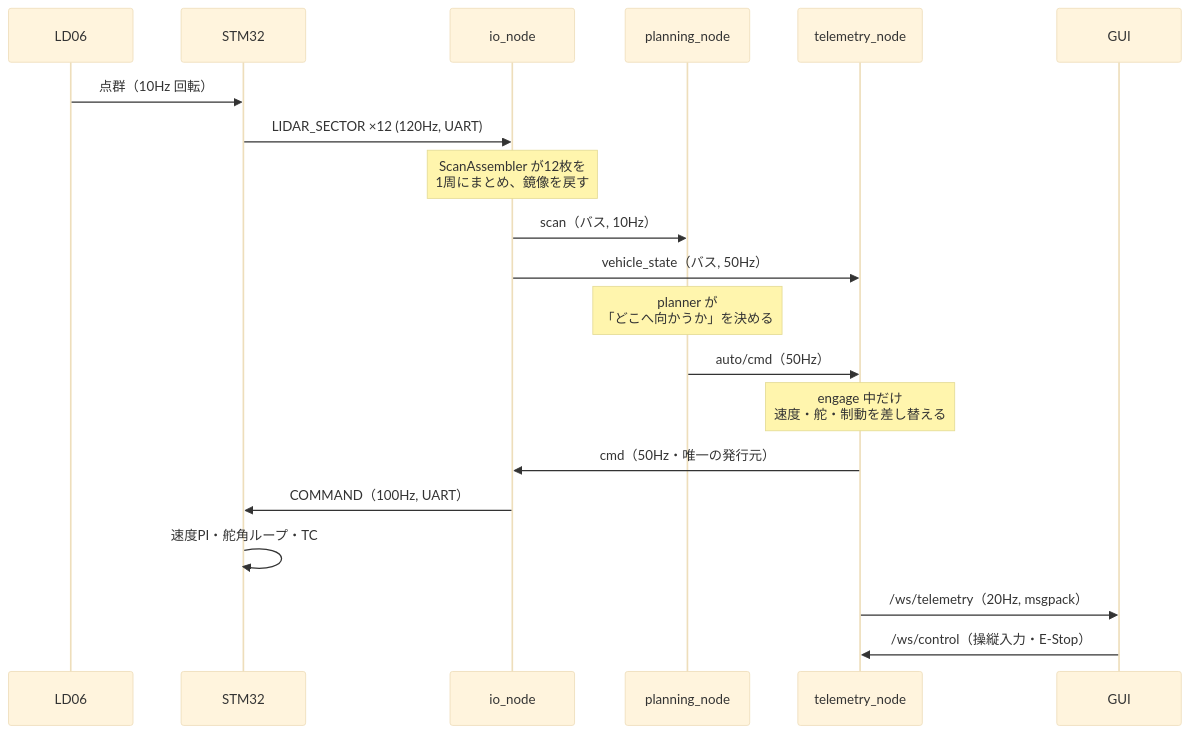
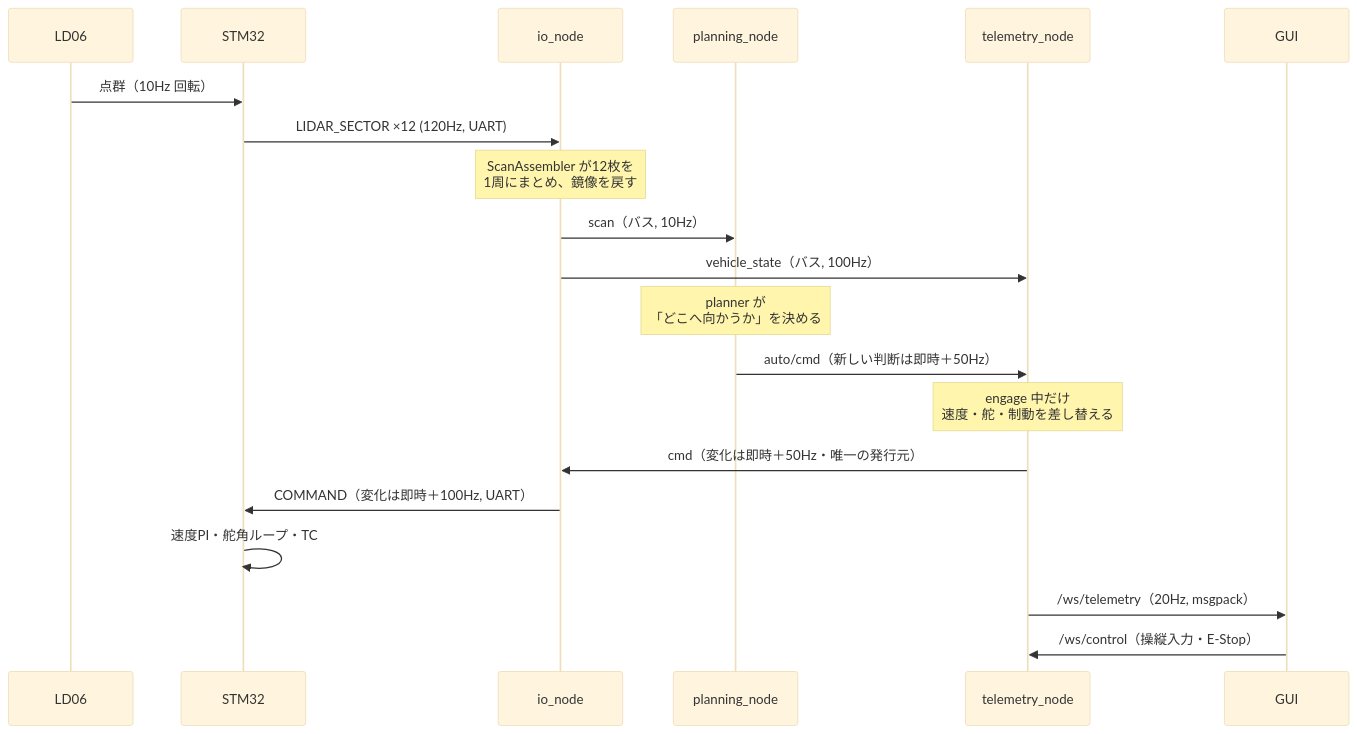
The second of 4 diagrams in surge_mk2/docs/system_overview.md (banbatakumi/AutonomousCar_RasPi), drawn with Mermaid (base theme) before and after one commit. The commit also changed other lines of this file and 69 other files, not shown here.

````diff
--- a/surge_mk2/docs/system_overview.md
+++ b/surge_mk2/docs/system_overview.md
@@ -145,23 +145,23 @@
 ```mermaid
 sequenceDiagram
     participant L as LD06
     participant S as STM32
     participant IO as io_node
     participant P as planning_node
     participant T as telemetry_node
     participant G as GUI
 
     L->>S: 点群（10Hz 回転）
     S->>IO: LIDAR_SECTOR ×12 (120Hz, UART)
     Note over IO: ScanAssembler が12枚を<br/>1周にまとめ、鏡像を戻す
     IO->>P: scan（バス, 10Hz）
-    IO->>T: vehicle_state（バス, 50Hz）
+    IO->>T: vehicle_state（バス, 100Hz）
     Note over P: planner が<br/>「どこへ向かうか」を決める
-    P->>T: auto/cmd（50Hz）
+    P->>T: auto/cmd（新しい判断は即時＋50Hz）
     Note over T: engage 中だけ<br/>速度・舵・制動を差し替える
-    T->>IO: cmd（50Hz・唯一の発行元）
-    IO->>S: COMMAND（100Hz, UART）
+    T->>IO: cmd（変化は即時＋50Hz・唯一の発行元）
+    IO->>S: COMMAND（変化は即時＋100Hz, UART）
     S->>S: 速度PI・舵角ループ・TC
     T->>G: /ws/telemetry（20Hz, msgpack）
     G->>T: /ws/control（操縦入力・E-Stop）
 ```
````
